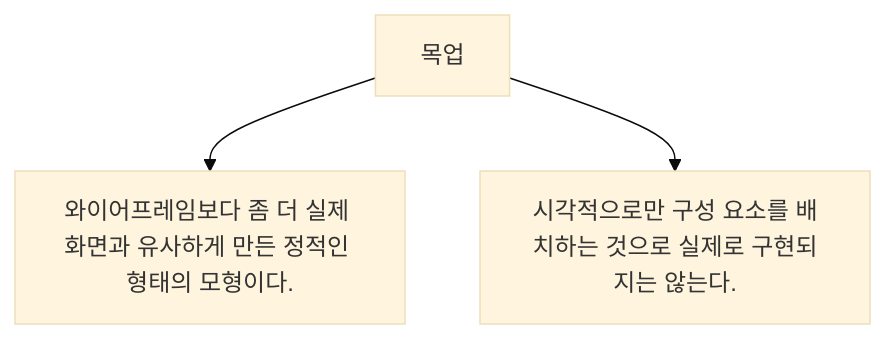
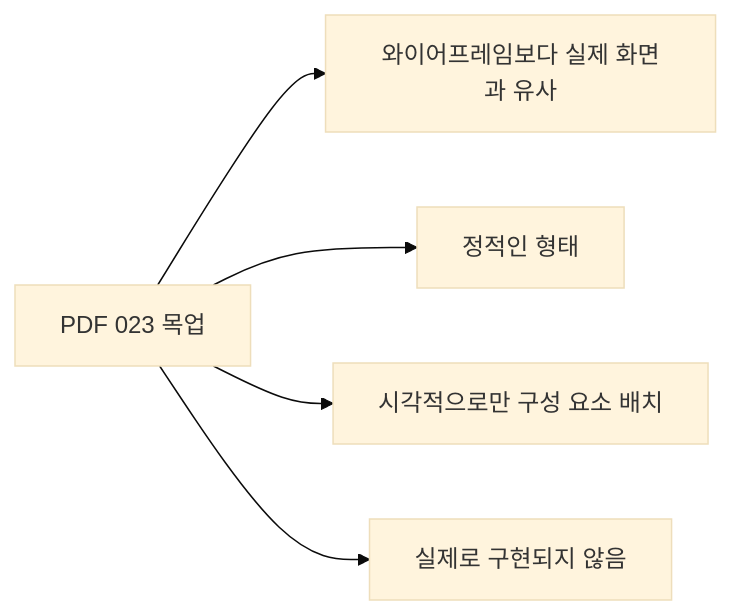
Before and after one commit to nes0903/study: the second of 17 diagrams in 정보처리기사/1과목 소프트웨어 설계/023 목업/023 목업.md, drawn with Mermaid (base theme). The commit also changed other lines of this file and 4 other files, not shown here.

````diff
--- a/정보처리기사/1과목 소프트웨어 설계/023 목업/023 목업.md
+++ b/정보처리기사/1과목 소프트웨어 설계/023 목업/023 목업.md
@@ -13,6 +32,8 @@
 ```mermaid
-flowchart TD
-    A["목업"]
-    A --> N1["와이어프레임보다 좀 더 실제 화면과 유사하게 만든 정적인 형태의 모형이다."]
-    A --> N2["시각적으로만 구성 요소를 배치하는 것으로 실제로 구현되지는 않는다."]
+flowchart LR
+    A["PDF 023 목업"]
+    A --> B["와이어프레임보다 실제 화면과 유사"]
+    A --> C["정적인 형태"]
+    A --> D["시각적으로만 구성 요소 배치"]
+    A --> E["실제로 구현되지 않음"]
 ```
````
